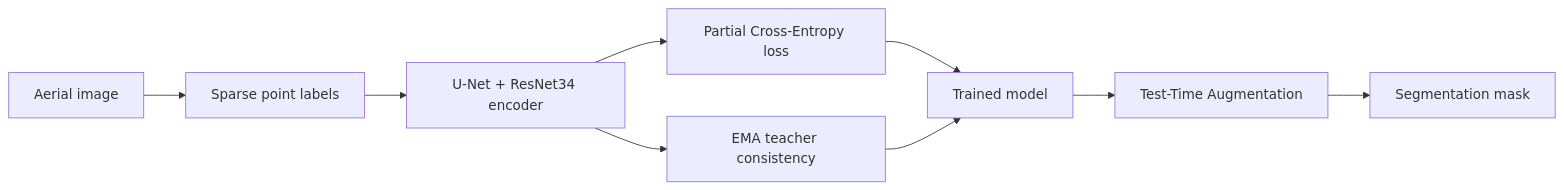
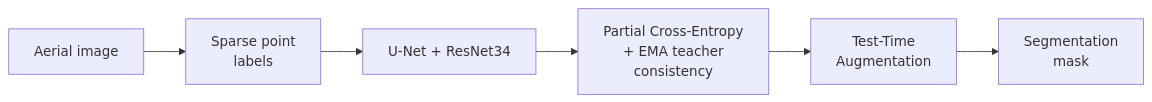
One commit to muhammad-obaidullah/muhammad-obaidullah changed the fifth of 5 diagrams in README.md. Above: the diagram before and after it, drawn with Mermaid. The commit also changed other lines of this file, not shown here.

````diff
--- a/README.md
+++ b/README.md
@@ -338,11 +201,13 @@
 ```mermaid
 flowchart LR
-    A[Aerial image] --> B[Sparse point labels]
-    B --> C[U-Net + ResNet34 encoder]
-    C --> D[Partial Cross-Entropy loss]
-    C --> E[EMA teacher consistency]
-    D --> F[Trained model]
-    E --> F
-    F --> G[Test-Time Augmentation]
-    G --> H[Segmentation mask]
+    A[Aerial image] --> B[Sparse point
+    labels]
+    B --> C[U-Net + ResNet34]
+    C --> D[Partial Cross-Entropy
+    + EMA teacher
+    consistency]
+    D --> E[Test-Time
+    Augmentation]
+    E --> F[Segmentation
+    mask]
 ```
````
